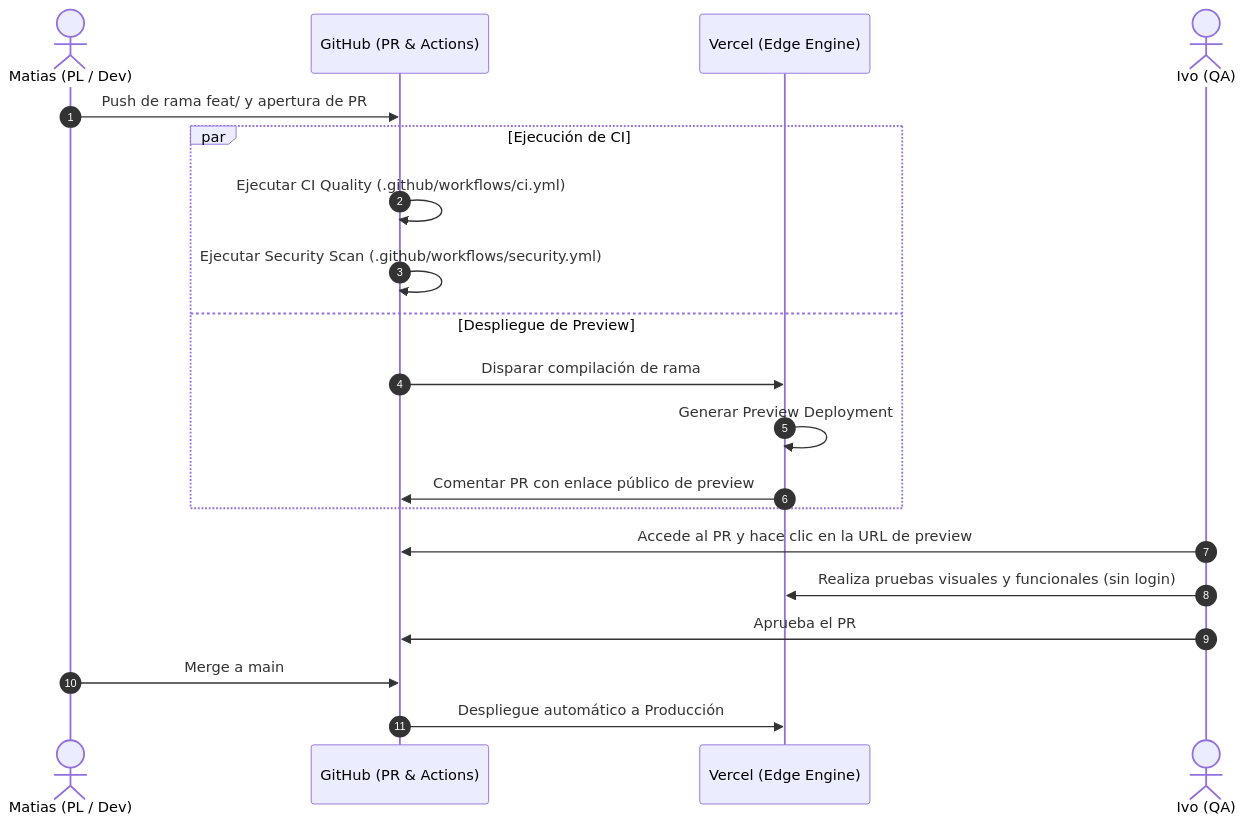
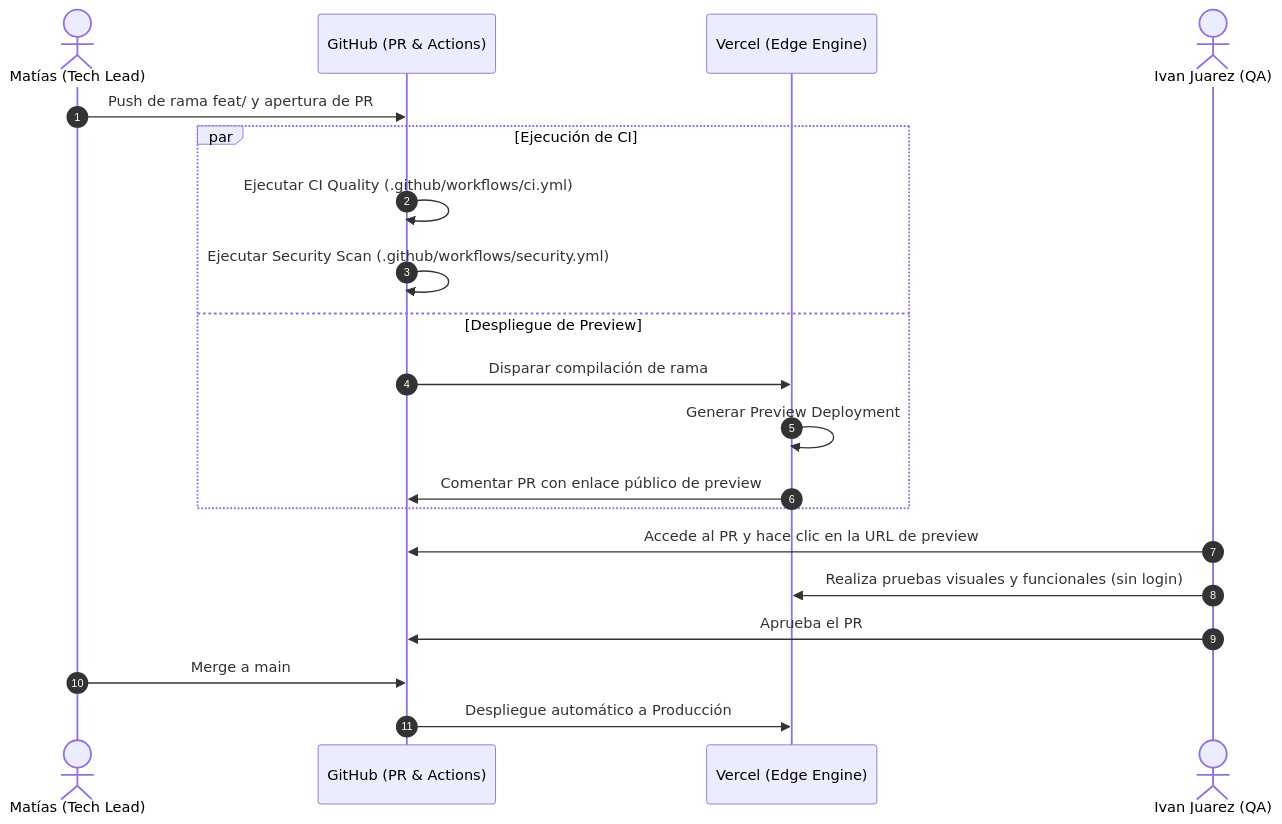
The second of 2 diagrams in wiki/Home.md (Mathiiuk/reportalo.mvp), drawn with Mermaid before and after one commit. The commit also changed other lines of this file and 9 other files, not shown here.

````diff
--- a/wiki/Home.md
+++ b/wiki/Home.md
@@ -51,23 +52,23 @@
 ```mermaid
 sequenceDiagram
     autonumber
-    actor Mati as Matias (PL / Dev)
+    actor Mati as Matías (Tech Lead)
     participant GH as GitHub (PR & Actions)
     participant Vercel as Vercel (Edge Engine)
-    actor Ivo as Ivo (QA)
+    actor Ivan as Ivan Juarez (QA)
 
     Mati->>GH: Push de rama feat/ y apertura de PR
     par Ejecución de CI
         GH->>GH: Ejecutar CI Quality (.github/workflows/ci.yml)
         GH->>GH: Ejecutar Security Scan (.github/workflows/security.yml)
     and Despliegue de Preview
         GH->>Vercel: Disparar compilación de rama
         Vercel->>Vercel: Generar Preview Deployment
         Vercel->>GH: Comentar PR con enlace público de preview
     end
-    Ivo->>GH: Accede al PR y hace clic en la URL de preview
-    Ivo->>Vercel: Realiza pruebas visuales y funcionales (sin login)
-    Ivo->>GH: Aprueba el PR
+    Ivan->>GH: Accede al PR y hace clic en la URL de preview
+    Ivan->>Vercel: Realiza pruebas visuales y funcionales (sin login)
+    Ivan->>GH: Aprueba el PR
     Mati->>GH: Merge a main
     GH->>Vercel: Despliegue automático a Producción
 ```
````
